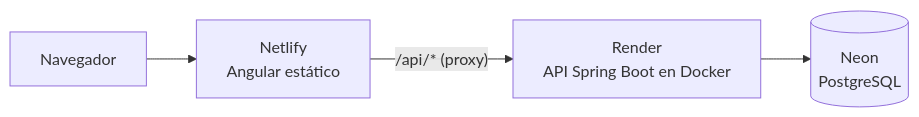
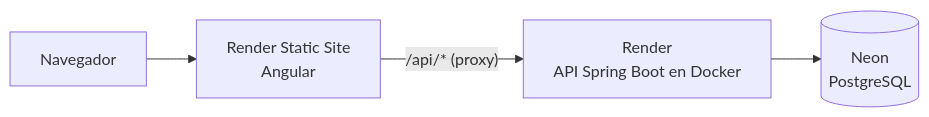
Before and after one commit to BrandonBrandon-alt/Zen-Inventory: diagram 15 of 15 in documentacion_tecnica.md, drawn with Mermaid. The commit also changed other lines of this file and 3 other files, not shown here.

First line of the commit message:
feat(despliegue): el frontend pasa de Netlify a un Static Site de Render

````diff
--- a/documentacion_tecnica.md
+++ b/documentacion_tecnica.md
@@ -753,6 +753,6 @@
 ```mermaid
 flowchart LR
-    U[Navegador] --> N[Netlify<br/>Angular estático]
+    U[Navegador] --> N[Render Static Site<br/>Angular]
     N -- "/api/* (proxy)" --> R[Render<br/>API Spring Boot en Docker]
     R --> DB[(Neon<br/>PostgreSQL)]
 ```
````
